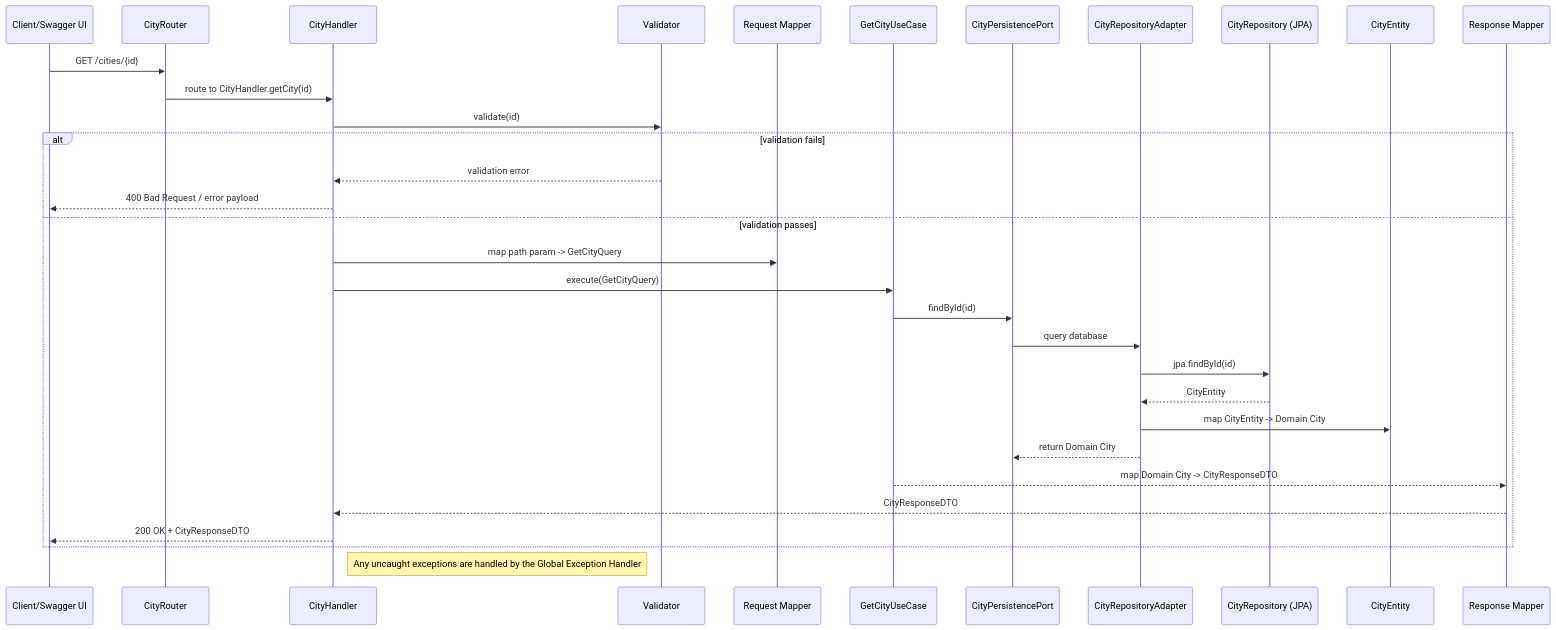
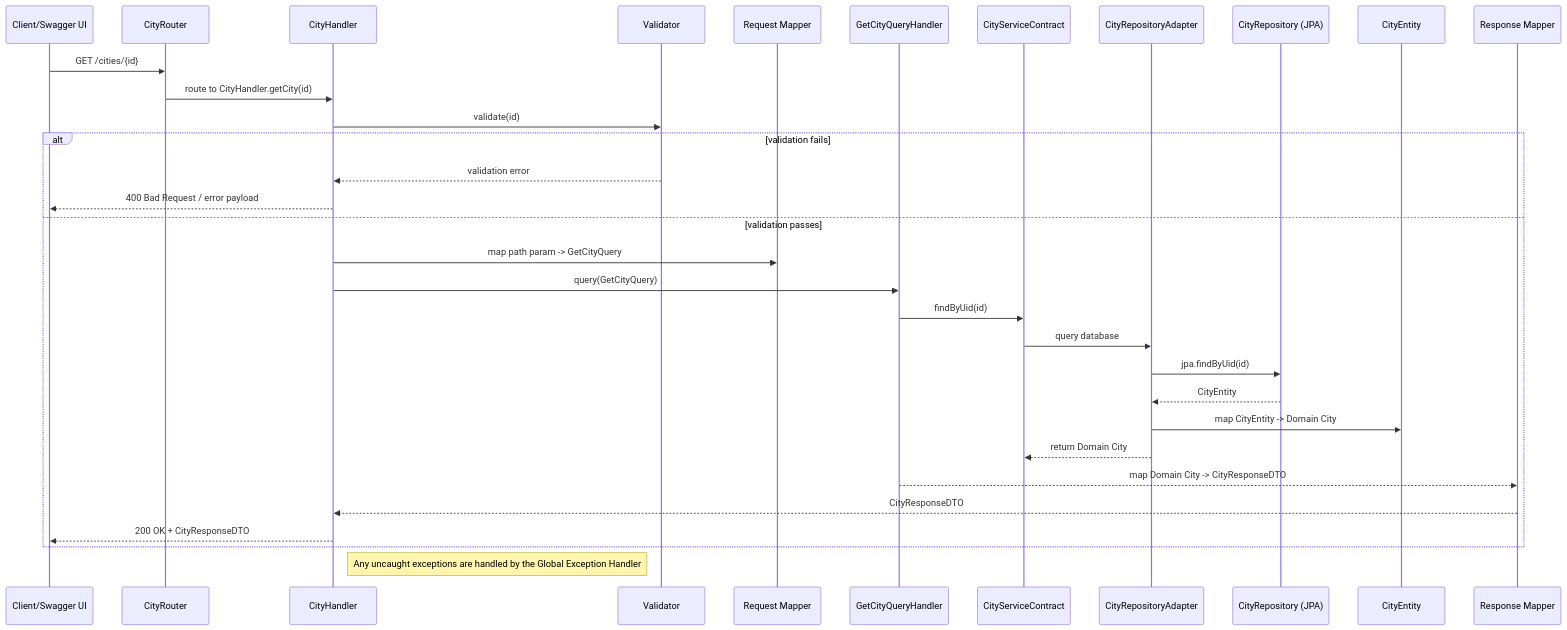
Before and after one commit to rajib-reea/spring-hexagonal-pjt: the third of 3 diagrams in Architecture.md, drawn with Mermaid. The commit also changed other lines of this file, not shown here.

Commit message:
Update Architecture.md to reflect current code structure

````diff
--- a/Architecture.md
+++ b/Architecture.md
@@ -250,36 +253,36 @@
 ```mermaid
 sequenceDiagram
     participant Client as Client/Swagger UI
     participant Router as CityRouter
     participant Handler as CityHandler
     participant Validator as Validator
     participant ReqMapper as Request Mapper
-    participant UseCase as GetCityUseCase
-    participant Persistence as CityPersistencePort
+    participant UseCase as GetCityQueryHandler
+    participant Persistence as CityServiceContract
     participant Adapter as CityRepositoryAdapter
     participant Repo as CityRepository (JPA)
     participant Entity as CityEntity
     participant ResMapper as Response Mapper
 
     Client->>Router: GET /cities/{id}
     Router->>Handler: route to CityHandler.getCity(id)
     Handler->>Validator: validate(id)
     alt validation fails
         Validator-->>Handler: validation error
         Handler-->>Client: 400 Bad Request / error payload
     else validation passes
         Handler->>ReqMapper: map path param -> GetCityQuery
-        Handler->>UseCase: execute(GetCityQuery)
-        UseCase->>Persistence: findById(id)
+        Handler->>UseCase: query(GetCityQuery)
+        UseCase->>Persistence: findByUid(id)
         Persistence->>Adapter: query database
-        Adapter->>Repo: jpa.findById(id)
+        Adapter->>Repo: jpa.findByUid(id)
         Repo-->>Adapter: CityEntity
         Adapter->>Entity: map CityEntity -> Domain City
         Adapter-->>Persistence: return Domain City
         UseCase-->>ResMapper: map Domain City -> CityResponseDTO
         ResMapper-->>Handler: CityResponseDTO
         Handler-->>Client: 200 OK + CityResponseDTO
     end
 
     note right of Handler: Any uncaught exceptions are handled by the Global Exception Handler
 ```
````
